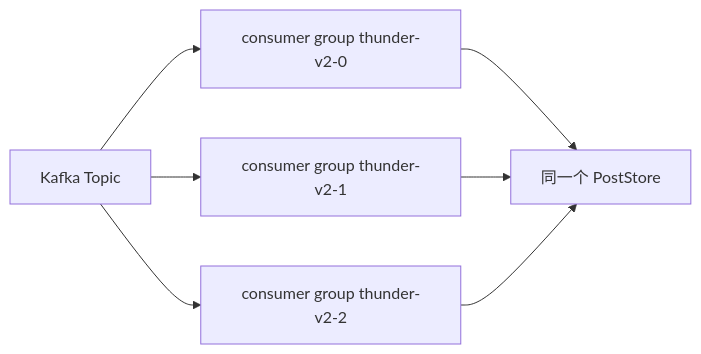
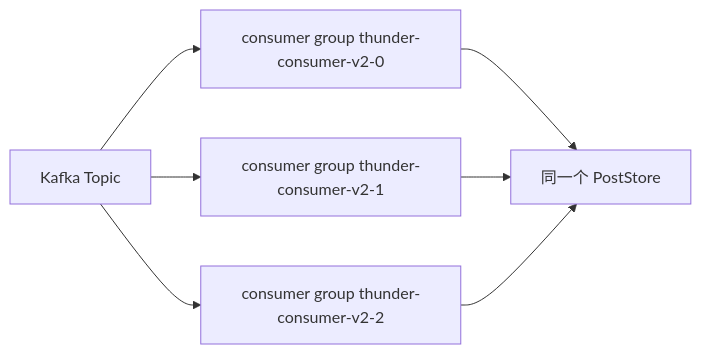
Before and after one commit to freefcw/x-algorithm: the third of 5 diagrams in docs/thunder/02-kafka-ingestion.md, drawn with Mermaid. The commit also changed 44 other files, not shown here.

````diff
--- a/docs/thunder/02-kafka-ingestion.md
+++ b/docs/thunder/02-kafka-ingestion.md
@@ -52,9 +52,9 @@
 ```mermaid
 flowchart LR
-    T[Kafka Topic] --> G0[consumer group thunder-v2-0]
-    T --> G1[consumer group thunder-v2-1]
-    T --> G2[consumer group thunder-v2-2]
+    T[Kafka Topic] --> G0[consumer group thunder-consumer-v2-0]
+    T --> G1[consumer group thunder-consumer-v2-1]
+    T --> G2[consumer group thunder-consumer-v2-2]
     G0 --> S[同一个 PostStore]
     G1 --> S
     G2 --> S
 ```
````
